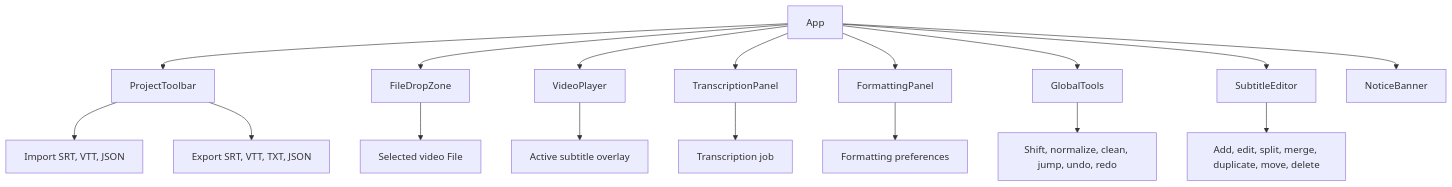
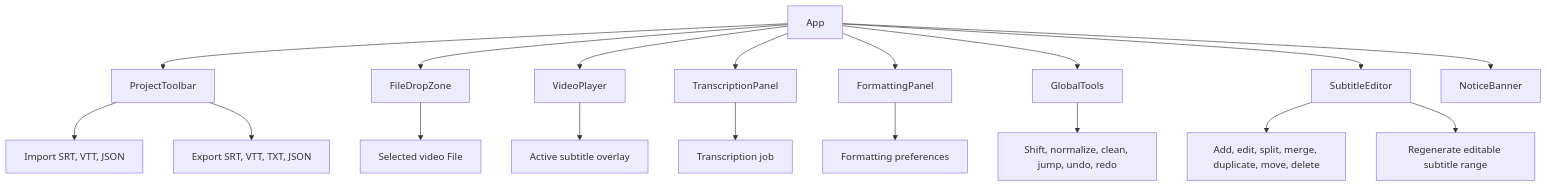
The second of 18 diagrams in docs/project-state.md (zxyandreay/auto-subtitle), drawn with Mermaid before and after one commit. The commit also changed other lines of this file and 1 other file, not shown here.

Commit message:
docs: document subtitle range regeneration

````diff
--- a/docs/project-state.md
+++ b/docs/project-state.md
@@ -176,30 +177,31 @@
 ```mermaid
 flowchart TB
     App["App"]
     Toolbar["ProjectToolbar"]
     DropZone["FileDropZone"]
     VideoPlayer["VideoPlayer"]
     TranscriptionPanel["TranscriptionPanel"]
     FormattingPanel["FormattingPanel"]
     GlobalTools["GlobalTools"]
     SubtitleEditor["SubtitleEditor"]
     Notice["NoticeBanner"]
 
     App --> Toolbar
     App --> Notice
     App --> DropZone
     App --> VideoPlayer
     App --> TranscriptionPanel
     App --> FormattingPanel
     App --> GlobalTools
     App --> SubtitleEditor
 
     Toolbar --> Import["Import SRT, VTT, JSON"]
     Toolbar --> Export["Export SRT, VTT, TXT, JSON"]
     DropZone --> VideoFile["Selected video File"]
     VideoPlayer --> Overlay["Active subtitle overlay"]
     TranscriptionPanel --> WorkerJob["Transcription job"]
     FormattingPanel --> Preferences["Formatting preferences"]
     GlobalTools --> BatchOps["Shift, normalize, clean, jump, undo, redo"]
     SubtitleEditor --> RowOps["Add, edit, split, merge, duplicate, move, delete"]
+    SubtitleEditor --> Regenerate["Regenerate editable subtitle range"]
 ```
````
